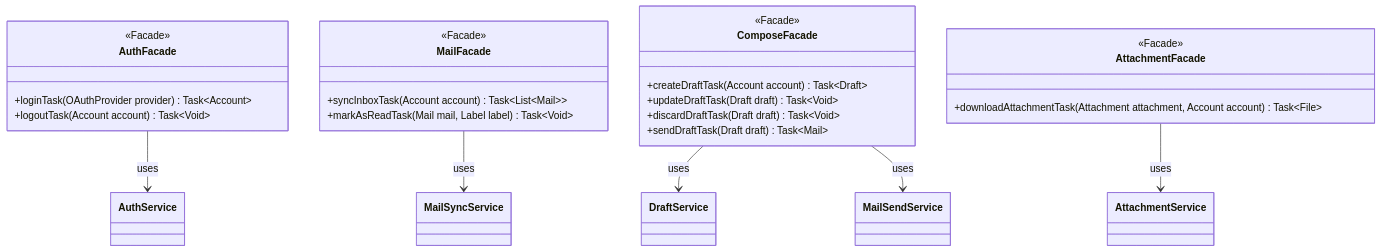
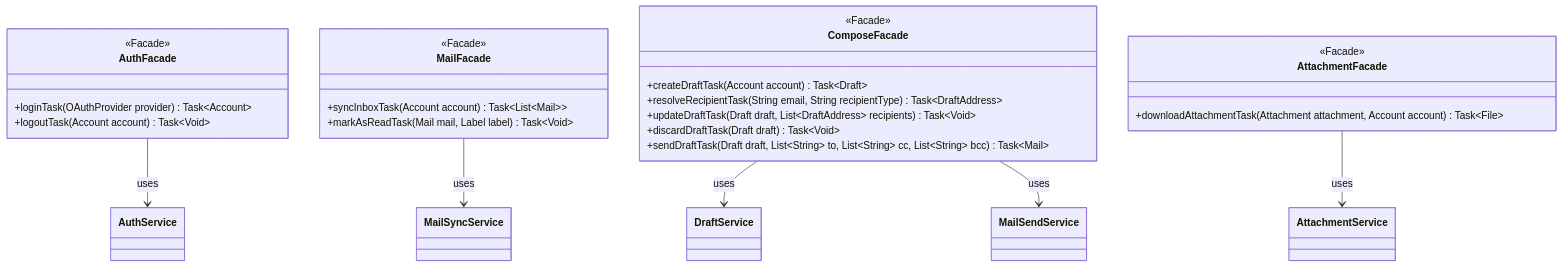
The diagram in docs/diagrams/uml-facade.md (JuanPablo72000/evermail), drawn with Mermaid before and after one commit. The commit also changed other lines of this file and 4 other files, not shown here.

````diff
--- a/docs/diagrams/uml-facade.md
+++ b/docs/diagrams/uml-facade.md
@@ -1,34 +1,31 @@
 ```mermaid
 classDiagram
     class AuthFacade {
         <<Facade>>
         +loginTask(OAuthProvider provider) Task~Account~
         +logoutTask(Account account) Task~Void~
     }
-
     class MailFacade {
         <<Facade>>
         +syncInboxTask(Account account) Task~List~Mail~~
         +markAsReadTask(Mail mail, Label label) Task~Void~
     }
-
     class ComposeFacade {
         <<Facade>>
         +createDraftTask(Account account) Task~Draft~
-        +updateDraftTask(Draft draft) Task~Void~
+        +resolveRecipientTask(String email, String recipientType) Task~DraftAddress~
+        +updateDraftTask(Draft draft, List~DraftAddress~ recipients) Task~Void~
         +discardDraftTask(Draft draft) Task~Void~
-        +sendDraftTask(Draft draft) Task~Mail~
+        +sendDraftTask(Draft draft, List~String~ to, List~String~ cc, List~String~ bcc) Task~Mail~
     }
-
     class AttachmentFacade {
         <<Facade>>
         +downloadAttachmentTask(Attachment attachment, Account account) Task~File~
-    }
-
-    %% Dependencies toward service
-    AuthFacade --> AuthService : uses
-    MailFacade --> MailSyncService : uses
-    ComposeFacade --> DraftService : uses
-    ComposeFacade --> MailSendService : uses
-    AttachmentFacade --> AttachmentService : uses
+        }
+        %% Dependencies toward service
+        AuthFacade --> AuthService : uses
+        MailFacade --> MailSyncService : uses
+        ComposeFacade --> DraftService : uses
+        ComposeFacade --> MailSendService : uses
+        AttachmentFacade --> AttachmentService : uses
 ```
````
